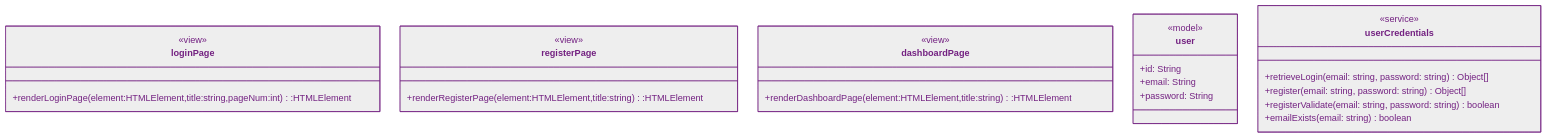
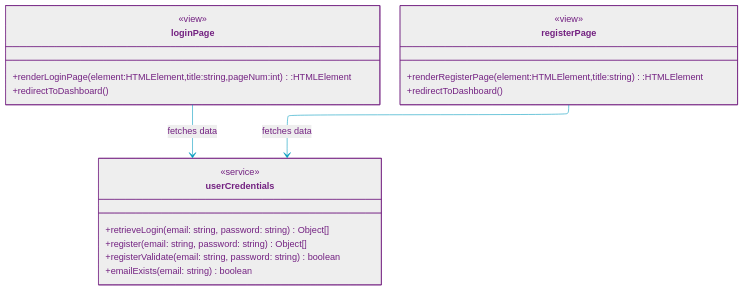
The diagram in uml/icd.md (null-0ne/COSA-195-Gamehub), drawn with Mermaid before and after one commit. The commit also changed 6 other files, not shown here.

Commit message:
Finished UML diagrams

````diff
--- a/uml/icd.md
+++ b/uml/icd.md
@@ -3,47 +3,37 @@
 ```mermaid
 %%{init:{"securityLevel":"loose","layout":"elk","elk":{"nodePlacementStrategy":"NETWORK_SIMPLEX"},"theme":"base",
 "themeVariables":{"primaryColor":"#EEE","primaryTextColor":"#732181","primaryBorderColor":"#732181","lineColor":"#009ABE","noteBorderColor":"#732181","noteBkgColor":"#F38A00","activationBkgColor":"#F38A00"    }
 }}%%
 %%----------------------- MERMAID MARKUP BELOW --------------------%%
 classDiagram
 %%  direction LR
 
     class loginPage {
     <<view>>
         +renderLoginPage(element:HTMLElement,title:string,pageNum:int):HTMLElement
+        +redirectToDashboard()
     }
 
     class registerPage {
     <<view>>
         +renderRegisterPage(element:HTMLElement,title:string):HTMLElement
+        +redirectToDashboard()
     }
 
-    class dashboardPage{
-    <<view>>
-        +renderDashboardPage(element:HTMLElement,title:string):HTMLElement
-    }
-
-    class user {
-    <<model>>
-        +id: String
-        +email: String
-        +password: String
-    }
 
     %% Relationships
-    
-    
+    loginPage --> userCredentials : fetches data
+    registerPage --> userCredentials : fetches data
 
 %%----- Services -----%%
 
 class userCredentials{
     <<service>>
     +retrieveLogin(email: string, password: string) Object[]
     +register(email: string, password: string) Object[]
     +registerValidate(email: string, password: string) boolean
     +emailExists(email: string) boolean
-    
 }
 
 %%----------------------- MERMAID MARKUP ABOVE --------------------%%    
 ```
````
